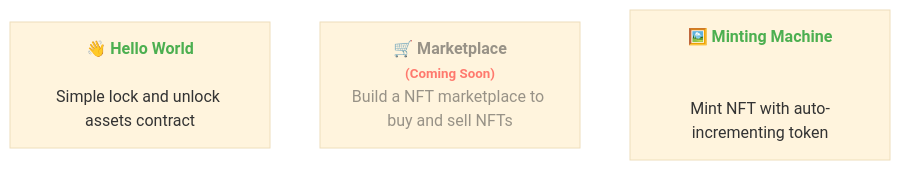
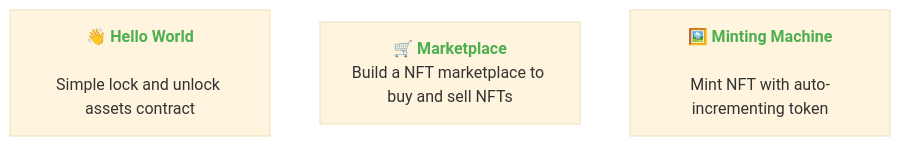
Before and after one commit to MeshJS/polkadot: the second of 3 diagrams in apps/docs/src/pages/en/wiki/3_smart_contracts_lib/3000.md, drawn with Mermaid (base theme). The commit also changed 2 other files, not shown here.

Commit message:
Marketplace menu

````diff
--- a/apps/docs/src/pages/en/wiki/3_smart_contracts_lib/3000.md
+++ b/apps/docs/src/pages/en/wiki/3_smart_contracts_lib/3000.md
@@ -23,10 +23,10 @@
 ```mermaid
 graph TD
     D["👋 <b style='color:#4CAF50;'>Hello World</b><br><br>Simple lock and unlock assets contract"]
-    E["🛒 <b style='color:#4CAF50;opacity:0.5;'>Marketplace<br><small style='color:red;'>(Coming Soon)</small></b><br><span style='opacity:0.5;'>Build a NFT marketplace to buy and sell NFTs</span>"]
-    F["🖼️ <b style='color:#4CAF50;'>Minting Machine<br></b><br><br>Mint NFT with auto-incrementing token"]
+    E["🛒 <b style='color:#4CAF50;'>Marketplace</b><br>Build a NFT marketplace to buy and sell NFTs"]
+    F["🖼️ <b style='color:#4CAF50;'>Minting Machine</b><br><br>Mint NFT with auto-incrementing token"]
     
     click D "3005" "Hello World"
-    %% E intentionally has no click binding
+    click E "3009" "Marketplace"
     click F "3008" "Minting Machine"
 ```
````
